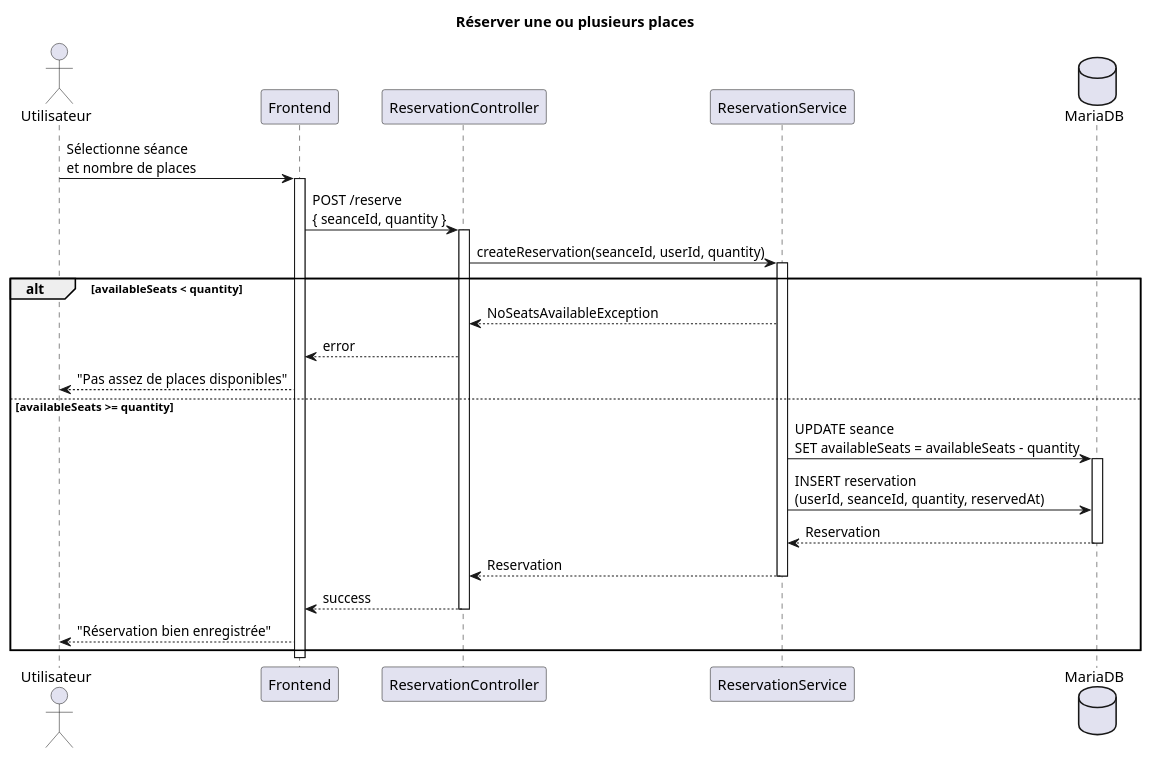
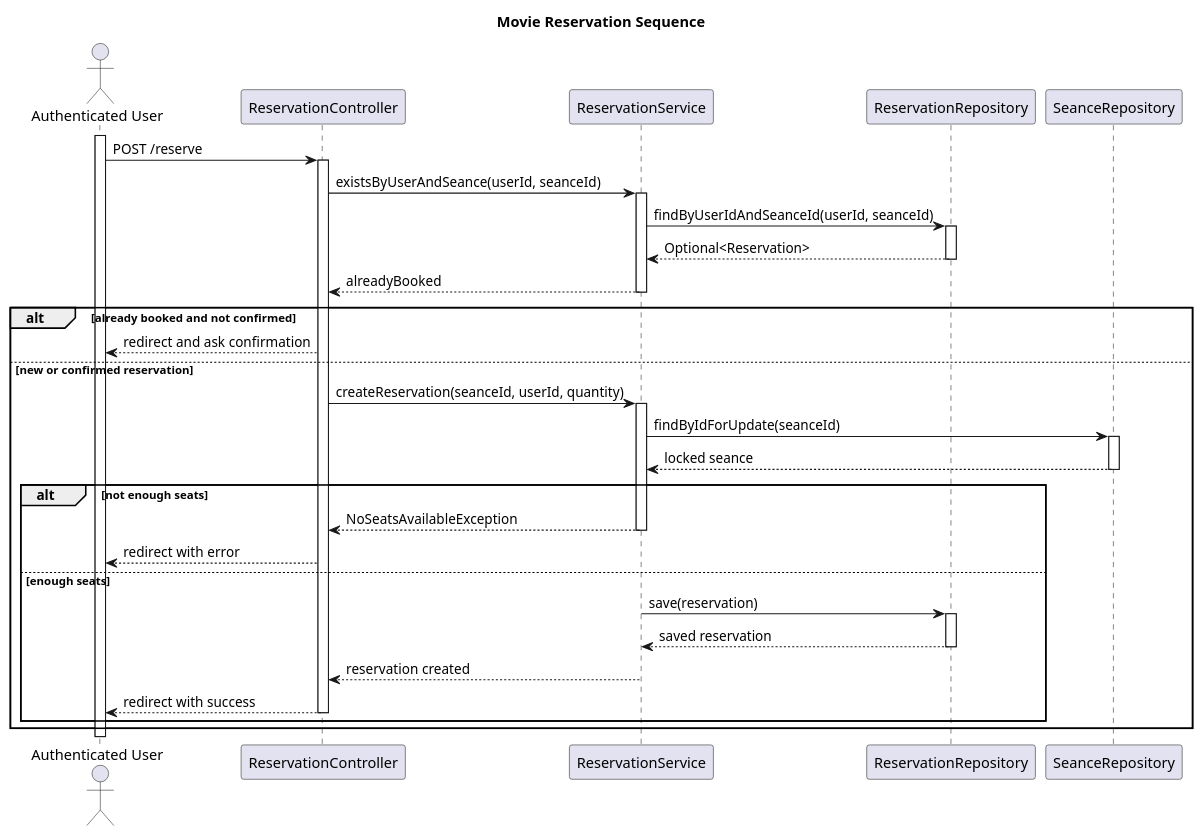
One commit to john7440/Distopia changed the diagram in docs/03 - Sequence/Sequence - Reservation.puml. Above: the diagram before and after it, drawn with PlantUML. The commit also changed 1 other file, not shown here.

Commit message:
mise a jour du diagramme de sequence pour les réservations

```diff
--- a/docs/03 - Sequence/Sequence - Reservation.puml
+++ b/docs/03 - Sequence/Sequence - Reservation.puml
@@ -1,38 +1,53 @@
 @startuml
-title Réserver une ou plusieurs places
+title Movie Reservation Sequence
 
-actor Utilisateur
-participant "Frontend" as FE
-participant "ReservationController" as CTRL
-participant "ReservationService" as SVC
-database "MariaDB" as DB
+actor "Authenticated User" as User
+participant "ReservationController" as Controller
+participant "ReservationService" as Service
+participant "ReservationRepository" as ReservationRepo
+participant "SeanceRepository" as SeanceRepo
 
-Utilisateur -> FE : Sélectionne séance\net nombre de places
-activate FE
+activate User
+User -> Controller : POST /reserve
+activate Controller
 
-FE -> CTRL : POST /reserve\n{ seanceId, quantity }
-activate CTRL
+Controller -> Service : existsByUserAndSeance(userId, seanceId)
+activate Service
 
-CTRL -> SVC : createReservation(seanceId, userId, quantity)
-activate SVC
+Service -> ReservationRepo : findByUserIdAndSeanceId(userId, seanceId)
+activate ReservationRepo
+ReservationRepo --> Service : Optional<Reservation>
+deactivate ReservationRepo
 
-alt availableSeats < quantity
-    SVC --> CTRL : NoSeatsAvailableException
-    CTRL --> FE : error
-    FE --> Utilisateur : "Pas assez de places disponibles"
-else availableSeats >= quantity
-    SVC -> DB : UPDATE seance\nSET availableSeats = availableSeats - quantity
-    activate DB
-    SVC -> DB : INSERT reservation\n(userId, seanceId, quantity, reservedAt)
-    DB --> SVC : Reservation
-    deactivate DB
-    SVC --> CTRL : Reservation
-    deactivate SVC
-    CTRL --> FE : success
-    deactivate CTRL
-    FE --> Utilisateur : "Réservation bien enregistrée"
+Service --> Controller : alreadyBooked
+deactivate Service
+
+alt already booked and not confirmed
+    Controller --> User : redirect and ask confirmation
+else new or confirmed reservation
+    Controller -> Service : createReservation(seanceId, userId, quantity)
+    activate Service
+
+    Service -> SeanceRepo : findByIdForUpdate(seanceId)
+    activate SeanceRepo
+    SeanceRepo --> Service : locked seance
+    deactivate SeanceRepo
+
+    alt not enough seats
+        Service --> Controller : NoSeatsAvailableException
+        deactivate Service
+        Controller --> User : redirect with error
+    else enough seats
+        Service -> ReservationRepo : save(reservation)
+        activate ReservationRepo
+        ReservationRepo --> Service : saved reservation
+        deactivate ReservationRepo
+
+        Service --> Controller : reservation created
+        deactivate Service
+
+        Controller --> User : redirect with success
+        deactivate Controller
+    end
 end
-
-deactivate FE
-
 @enduml
```
